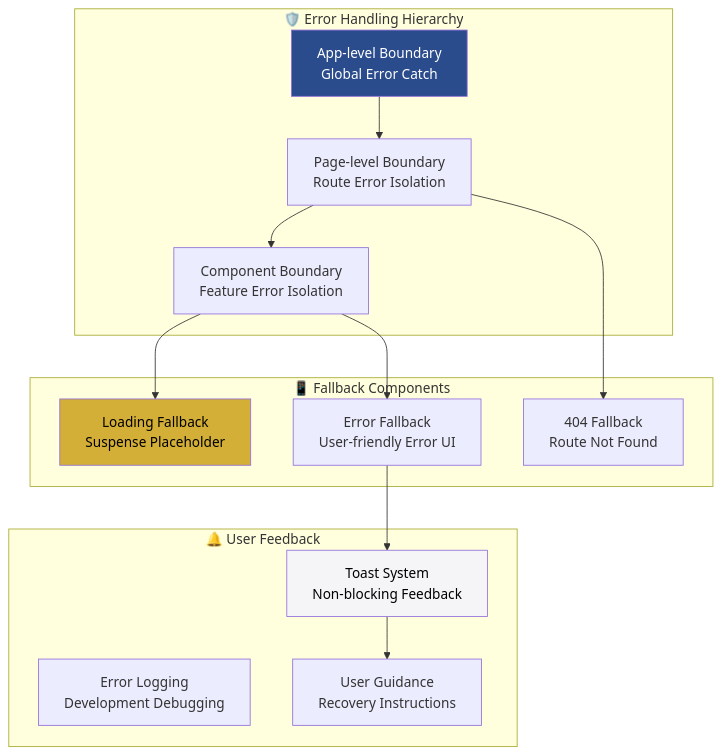
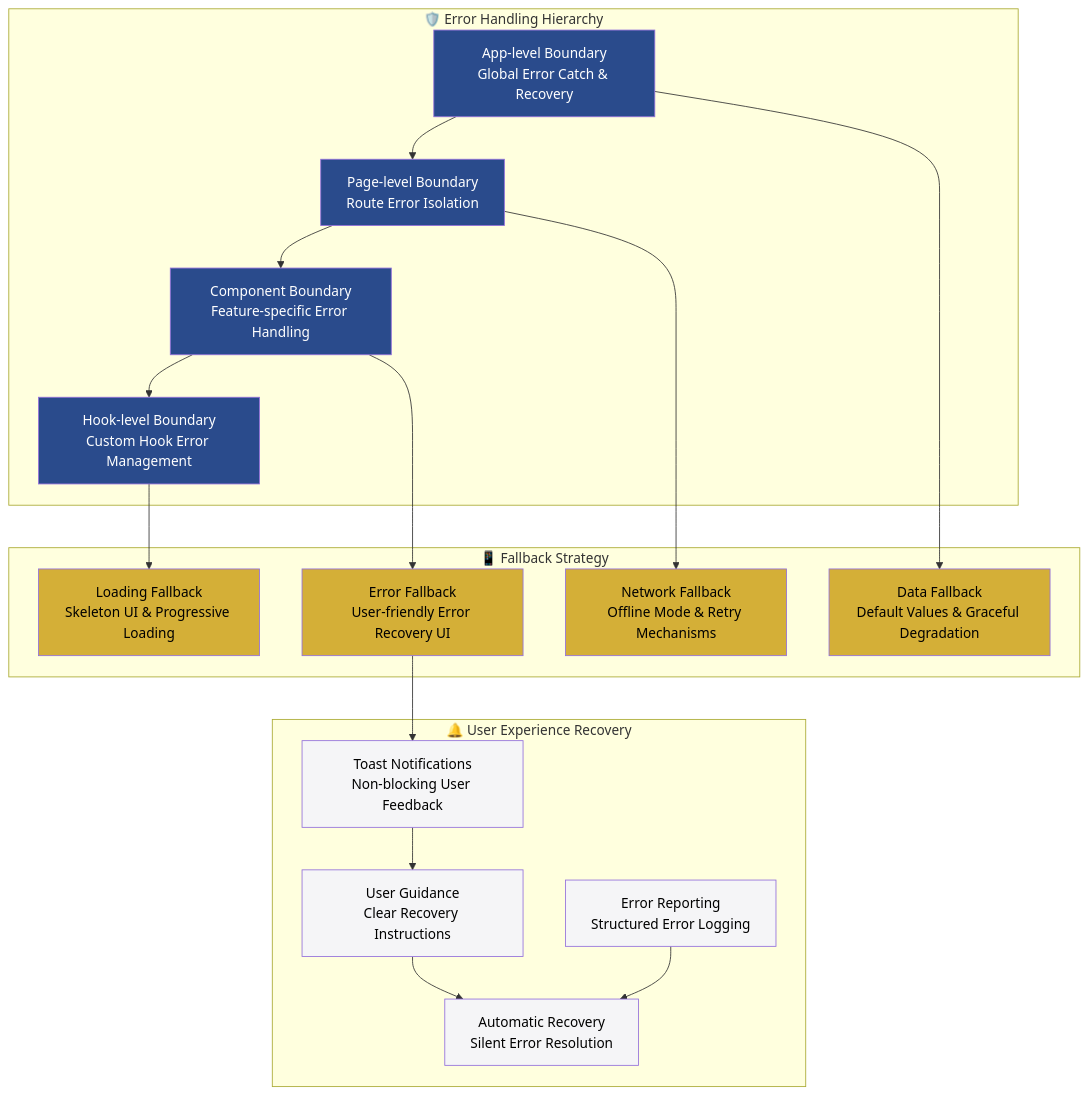
The sixth of 6 diagrams in README.md (walkerWesker/cuenca-asociados-portal), drawn with Mermaid before and after one commit. The commit also changed other lines of this file, not shown here.

````diff
--- a/README.md
+++ b/README.md
@@ -421,34 +626,45 @@
 ```mermaid
 graph TD
     subgraph "🛡️ Error Handling Hierarchy"
-        AppBoundary[App-level Boundary<br/>Global Error Catch]
-        PageBoundary[Page-level Boundary<br/>Route Error Isolation]
-        ComponentBoundary[Component Boundary<br/>Feature Error Isolation]
+        AB[App-level Boundary<br/>Global Error Catch & Recovery]
+        PB[Page-level Boundary<br/>Route Error Isolation]
+        CB[Component Boundary<br/>Feature-specific Error Handling]
+        HB[Hook-level Boundary<br/>Custom Hook Error Management]
     end
     
-    subgraph "📱 Fallback Components"
-        LoadingFallback[Loading Fallback<br/>Suspense Placeholder]
-        ErrorFallback[Error Fallback<br/>User-friendly Error UI]
-        NotFoundFallback[404 Fallback<br/>Route Not Found]
+    subgraph "📱 Fallback Strategy"
+        LF[Loading Fallback<br/>Skeleton UI & Progressive Loading]
+        EF[Error Fallback<br/>User-friendly Error Recovery UI]
+        NF[Network Fallback<br/>Offline Mode & Retry Mechanisms]
+        DF[Data Fallback<br/>Default Values & Graceful Degradation]
     end
     
-    subgraph "🔔 User Feedback"
-        ToastNotifications[Toast System<br/>Non-blocking Feedback]
-        ErrorReporting[Error Logging<br/>Development Debugging]
-        UserGuidance[User Guidance<br/>Recovery Instructions]
+    subgraph "🔔 User Experience Recovery"
+        TN[Toast Notifications<br/>Non-blocking User Feedback]
+        ER[Error Reporting<br/>Structured Error Logging]
+        UG[User Guidance<br/>Clear Recovery Instructions]
+        AR[Automatic Recovery<br/>Silent Error Resolution]
     end
     
-    AppBoundary --> PageBoundary
-    PageBoundary --> ComponentBoundary
+    AB --> PB
+    PB --> CB
+    CB --> HB
     
-    ComponentBoundary --> LoadingFallback
-    ComponentBoundary --> ErrorFallback
-    PageBoundary --> NotFoundFallback
+    HB --> LF
+    CB --> EF
+    PB --> NF
+    AB --> DF
     
-    ErrorFallback --> ToastNotifications
-    ToastNotifications --> UserGuidance
+    EF --> TN
+    TN --> UG
+    UG --> AR
+    ER --> AR
     
-    style AppBoundary fill:#2A4B8C,color:#fff
-    style LoadingFallback fill:#D4AF37,color:#000
-    style ToastNotifications fill:#F5F5F7,color:#000
+    classDef errorBoundary fill:#2A4B8C,color:#fff
+    classDef fallback fill:#D4AF37,color:#000
+    classDef recovery fill:#F5F5F7,color:#000
+    
+    class AB,PB,CB,HB errorBoundary
+    class LF,EF,NF,DF fallback
+    class TN,ER,UG,AR recovery
 ```
````
